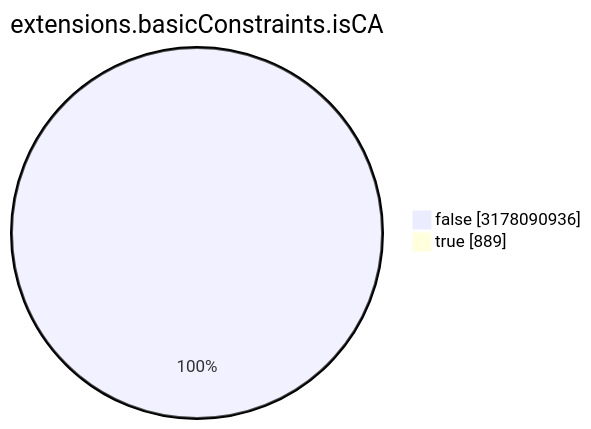
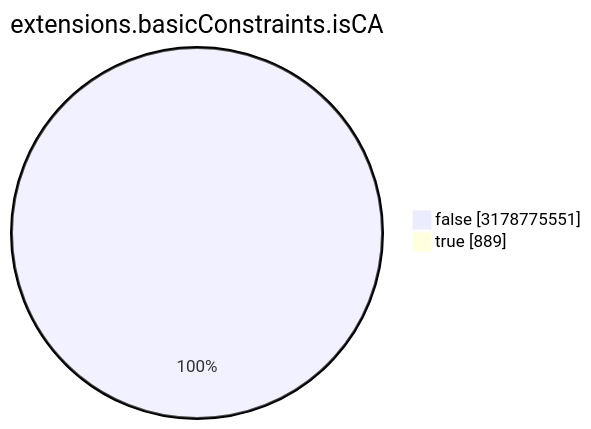
Before and after one commit to christiankrug/ctmonitor_visualization: the seventh of 15 diagrams in TOTAL/README.md, drawn with Mermaid. The commit also changed other lines of this file, not shown here.

````diff
--- a/TOTAL/README.md
+++ b/TOTAL/README.md
@@ -3088,6 +3088,6 @@
 ```mermaid
 pie showData
 title extensions.basicConstraints.isCA
-"false" :3178090936
+"false" :3178775551
 "true" :889
 ```
````
